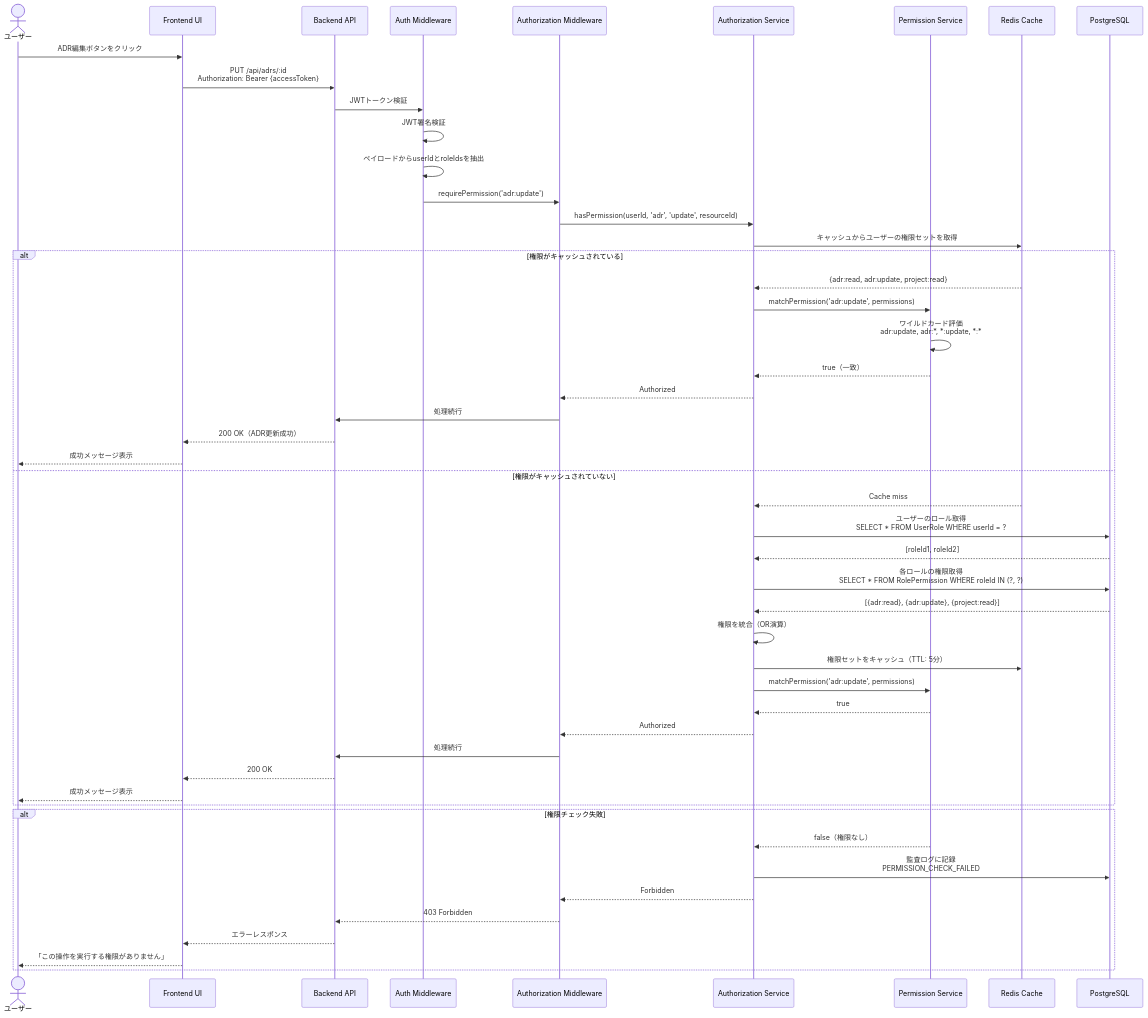
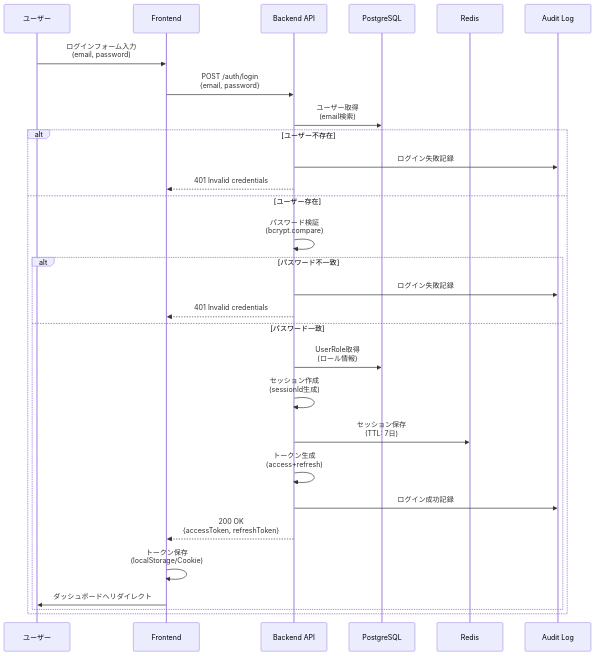
Before and after one commit to inakanou/ArchiTrack: the fifth of 8 diagrams in .kiro/specs/user-authentication/design.md, drawn with Mermaid. The commit also changed other lines of this file and 1 other file, not shown here.

First line of the commit message:
feat(spec): 認証・認可機能の技術設計書を生成（user-authentication）

````diff
--- a/.kiro/specs/user-authentication/design.md
+++ b/.kiro/specs/user-authentication/design.md
@@ -394,55 +312,32 @@
 ```mermaid
 sequenceDiagram
-    actor User as ユーザー
-    participant UI as Frontend UI
+    participant User as ユーザー
+    participant UI as Frontend
     participant API as Backend API
-    participant AuthMiddleware as Auth Middleware
-    participant AuthzMiddleware as Authorization Middleware
-    participant AuthzService as Authorization Service
-    participant PermissionService as Permission Service
-    participant Redis as Redis Cache
     participant DB as PostgreSQL
+    participant Redis as Redis
+    participant Audit as Audit Log
 
-    User->>UI: ADR編集ボタンをクリック
-    UI->>API: PUT /api/adrs/:id<br/>Authorization: Bearer {accessToken}
-    API->>AuthMiddleware: JWTトークン検証
-    AuthMiddleware->>AuthMiddleware: JWT署名検証
-    AuthMiddleware->>AuthMiddleware: ペイロードからuserIdとroleIdsを抽出
-    AuthMiddleware->>AuthzMiddleware: requirePermission('adr:update')
-    AuthzMiddleware->>AuthzService: hasPermission(userId, 'adr', 'update', resourceId)
-
-    AuthzService->>Redis: キャッシュからユーザーの権限セットを取得
-    alt 権限がキャッシュされている
-        Redis-->>AuthzService: {adr:read, adr:update, project:read}
-        AuthzService->>PermissionService: matchPermission('adr:update', permissions)
-        PermissionService->>PermissionService: ワイルドカード評価<br/>adr:update, adr:*, *:update, *:*
-        PermissionService-->>AuthzService: true（一致）
-        AuthzService-->>AuthzMiddleware: Authorized
-        AuthzMiddleware->>API: 処理続行
-        API-->>UI: 200 OK（ADR更新成功）
-        UI-->>User: 成功メッセージ表示
-    else 権限がキャッシュされていない
-        Redis-->>AuthzService: Cache miss
-        AuthzService->>DB: ユーザーのロール取得<br/>SELECT * FROM UserRole WHERE userId = ?
-        DB-->>AuthzService: [roleId1, roleId2]
-        AuthzService->>DB: 各ロールの権限取得<br/>SELECT * FROM RolePermission WHERE roleId IN (?, ?)
-        DB-->>AuthzService: [{adr:read}, {adr:update}, {project:read}]
-        AuthzService->>AuthzService: 権限を統合（OR演算）
-        AuthzService->>Redis: 権限セットをキャッシュ（TTL: 5分）
-        AuthzService->>PermissionService: matchPermission('adr:update', permissions)
-        PermissionService-->>AuthzService: true
-        AuthzService-->>AuthzMiddleware: Authorized
-        AuthzMiddleware->>API: 処理続行
-        API-->>UI: 200 OK
-        UI-->>User: 成功メッセージ表示
-    end
-
-    alt 権限チェック失敗
-        PermissionService-->>AuthzService: false（権限なし）
-        AuthzService->>DB: 監査ログに記録<br/>PERMISSION_CHECK_FAILED
-        AuthzService-->>AuthzMiddleware: Forbidden
-        AuthzMiddleware-->>API: 403 Forbidden
-        API-->>UI: エラーレスポンス
-        UI-->>User: 「この操作を実行する権限がありません」
+    User->>UI: ログインフォーム入力<br/>(email, password)
+    UI->>API: POST /auth/login<br/>{email, password}
+    API->>DB: ユーザー取得<br/>(email検索)
+    alt ユーザー不存在
+        API->>Audit: ログイン失敗記録
+        API-->>UI: 401 Invalid credentials
+    else ユーザー存在
+        API->>API: パスワード検証<br/>(bcrypt.compare)
+        alt パスワード不一致
+            API->>Audit: ログイン失敗記録
+            API-->>UI: 401 Invalid credentials
+        else パスワード一致
+            API->>DB: UserRole取得<br/>(ロール情報)
+            API->>API: セッション作成<br/>(sessionId生成)
+            API->>Redis: セッション保存<br/>(TTL: 7日)
+            API->>API: トークン生成<br/>(access+refresh)
+            API->>Audit: ログイン成功記録
+            API-->>UI: 200 OK<br/>{accessToken, refreshToken}
+            UI->>UI: トークン保存<br/>(localStorage/Cookie)
+            UI->>User: ダッシュボードへリダイレクト
+        end
     end
 ```
````
